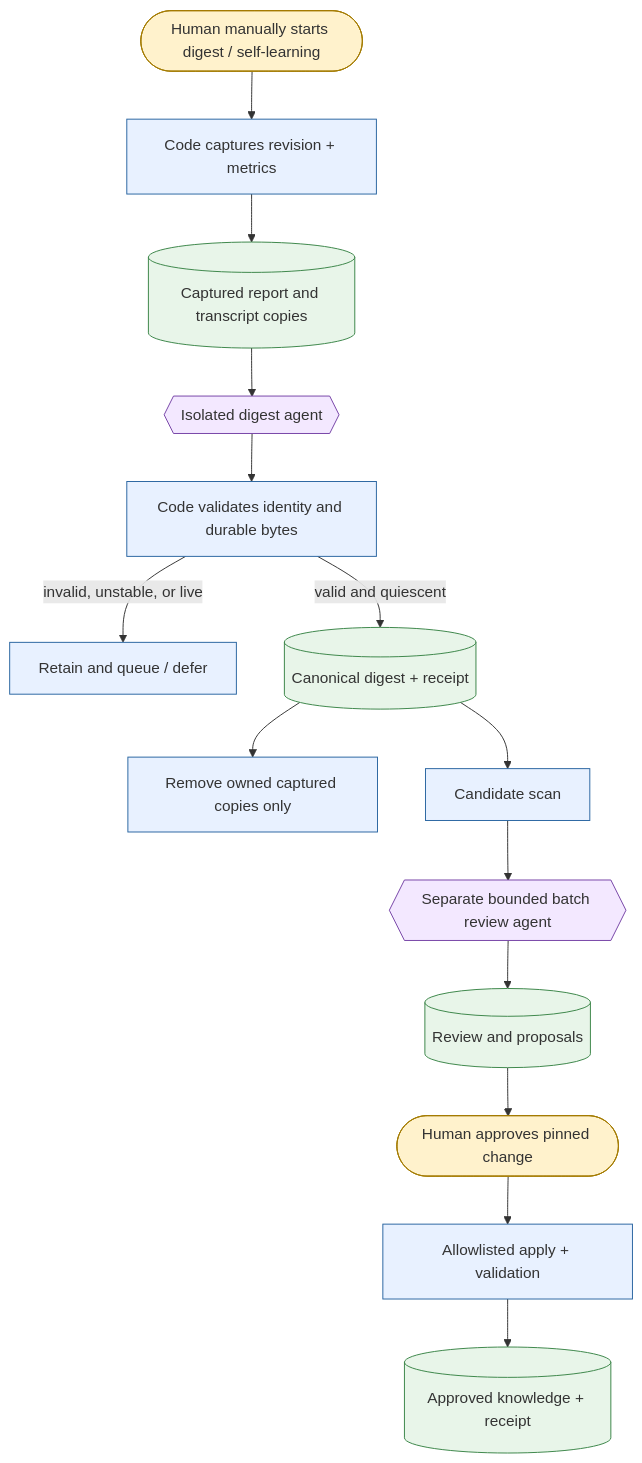
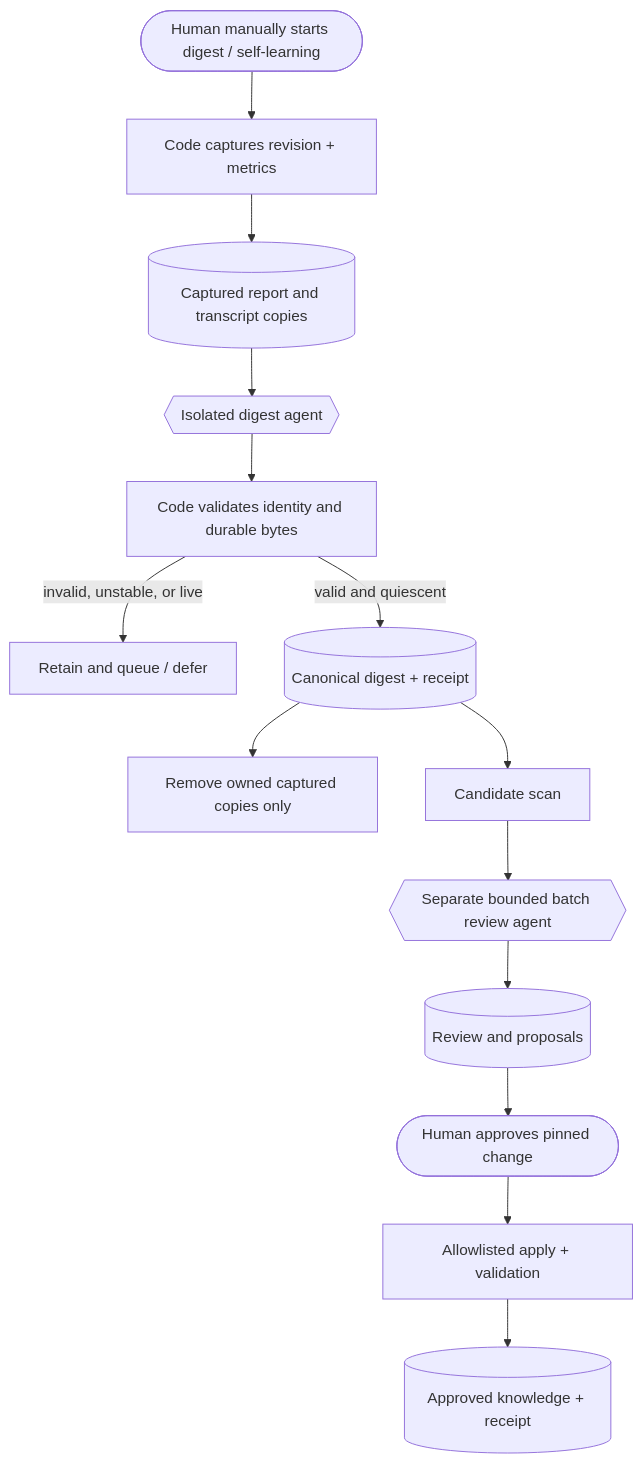
The second of 4 diagrams in README.md (Jero110/pi-house), drawn with Mermaid before and after one commit. The commit also changed other lines of this file and 2 other files, not shown here.

First line of the commit message:
fix: run CI on the Node that books-rag needs, and draw diagrams without colors

````diff
--- a/README.md
+++ b/README.md
@@ -100,15 +96,11 @@
 ```mermaid
 flowchart TB
-  classDef code fill:#e8f1ff,stroke:#2864a0
-  classDef llm fill:#f3e8ff,stroke:#7541a6
-  classDef store fill:#e8f5e9,stroke:#398447
-  classDef human fill:#fff2cc,stroke:#a47b00
-  H([Human manually starts digest / self-learning]):::human --> C[Code captures revision + metrics]:::code
-  C --> R[(Captured report and transcript copies)]:::store
-  R --> D{{Isolated digest agent}}:::llm --> V[Code validates identity and durable bytes]:::code
-  V -->|invalid, unstable, or live| Q[Retain and queue / defer]:::code
-  V -->|valid and quiescent| G[(Canonical digest + receipt)]:::store --> X[Remove owned captured copies only]:::code
-  G --> S[Candidate scan]:::code --> B{{Separate bounded batch review agent}}:::llm
-  B --> P[(Review and proposals)]:::store --> A([Human approves pinned change]):::human
-  A --> I[Allowlisted apply + validation]:::code --> K[(Approved knowledge + receipt)]:::store
+  H([Human manually starts digest / self-learning]) --> C[Code captures revision + metrics]
+  C --> R[(Captured report and transcript copies)]
+  R --> D{{Isolated digest agent}} --> V[Code validates identity and durable bytes]
+  V -->|invalid, unstable, or live| Q[Retain and queue / defer]
+  V -->|valid and quiescent| G[(Canonical digest + receipt)] --> X[Remove owned captured copies only]
+  G --> S[Candidate scan] --> B{{Separate bounded batch review agent}}
+  B --> P[(Review and proposals)] --> A([Human approves pinned change])
+  A --> I[Allowlisted apply + validation] --> K[(Approved knowledge + receipt)]
 ```
````
